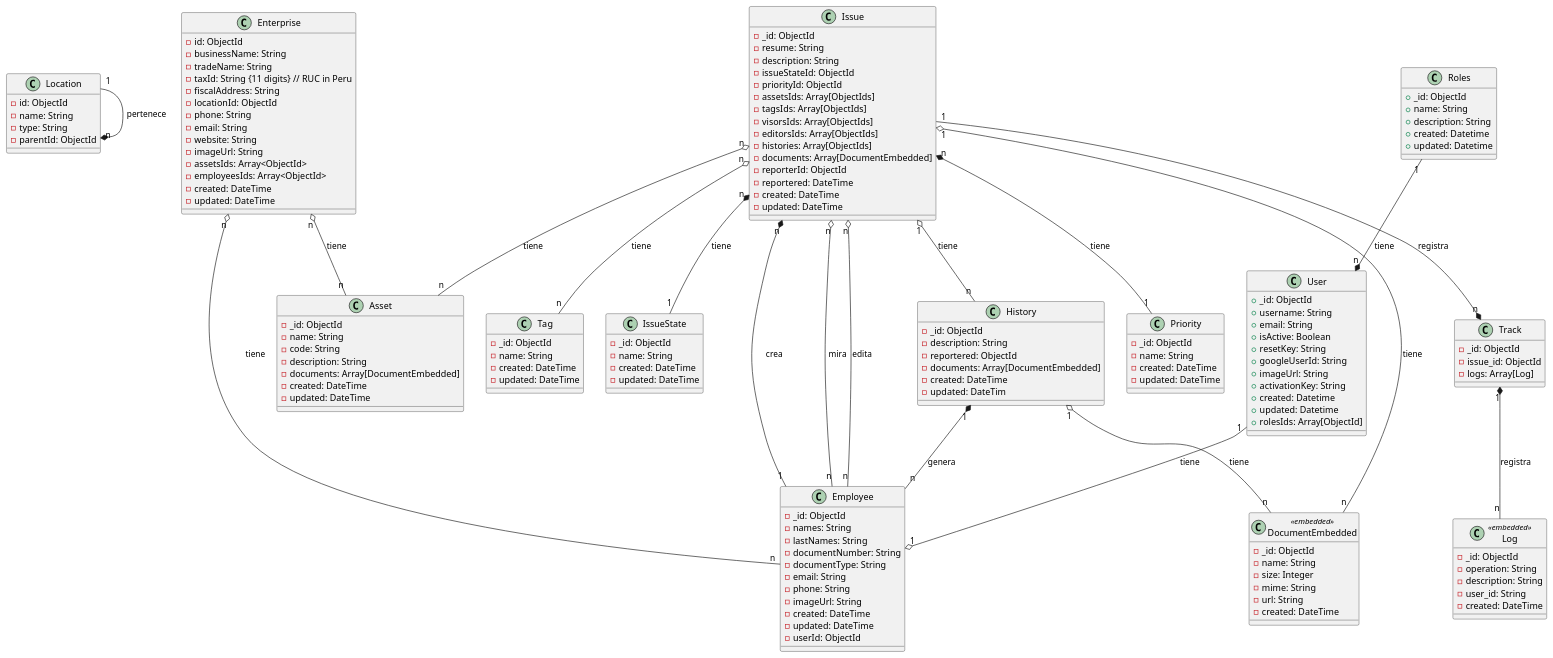
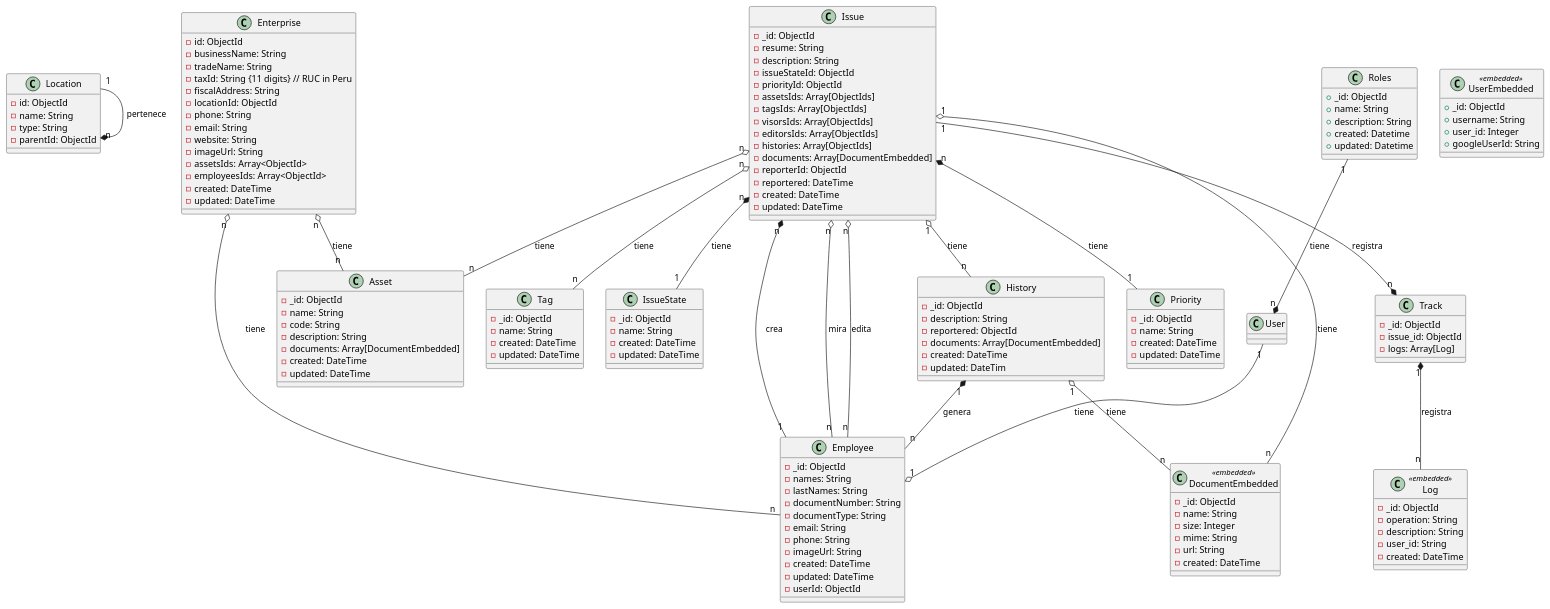
The diagram in docs/class diagram.puml (pepeul1191/django-mongodb-tickets), drawn with PlantUML before and after one commit. The commit also changed 13 other files, not shown here.

```diff
--- a/docs/class diagram.puml
+++ b/docs/class diagram.puml
@@ -1,165 +1,158 @@
 @startuml
 
 
 class Location {
   - id: ObjectId
   - name: String
   - type: String
   - parentId: ObjectId
 }
 
 Location "1" --* "n" Location : pertenece
 
 class Enterprise {
   - id: ObjectId
   - businessName: String
   - tradeName: String
   - taxId: String {11 digits} // RUC in Peru
   - fiscalAddress: String
   - locationId: ObjectId
   - phone: String
   - email: String
   - website: String
   - imageUrl: String
   - assetsIds: Array<ObjectId>
   - employeesIds: Array<ObjectId>
   - created: DateTime
   - updated: DateTime
 }
 
 class Employee {
   - _id: ObjectId
   - names: String
   - lastNames: String
   - documentNumber: String
   - documentType: String
   - email: String
   - phone: String
   - imageUrl: String
   - created: DateTime
   - updated: DateTime
   - userId: ObjectId
 }
 
 class Priority {
   - _id: ObjectId
   - name: String
   - created: DateTime
   - updated: DateTime
 }
 
 class Asset {
   - _id: ObjectId
   - name: String
   - code: String
   - description: String
   - documents: Array[DocumentEmbedded]
   - created: DateTime
   - updated: DateTime
 }
 
 class Tag{
   - _id: ObjectId
   - name: String
   - created: DateTime
   - updated: DateTime
 }
 
 class IssueState {
   - _id: ObjectId
   - name: String
   - created: DateTime
   - updated: DateTime
 }
 
 class Issue {
   - _id: ObjectId
   - resume: String
   - description: String
   - issueStateId: ObjectId
   - priorityId: ObjectId
   - assetsIds: Array[ObjectIds]
   - tagsIds: Array[ObjectIds]
   - visorsIds: Array[ObjectIds]
   - editorsIds: Array[ObjectIds]
   - histories: Array[ObjectIds]
   - documents: Array[DocumentEmbedded]
   - reporterId: ObjectId
   - reportered: DateTime
   - created: DateTime
   - updated: DateTime
 }
 
 class History {
   - _id: ObjectId
   - description: String
   - reportered: ObjectId
   - documents: Array[DocumentEmbedded]
   - created: DateTime
   - updated: DateTim
 }
 
 class DocumentEmbedded <<embedded>>{
   - _id: ObjectId
   - name: String
   - size: Integer
   - mime: String
   - url: String
   - created: DateTime
 }
 
 class Track {
   - _id: ObjectId
   - issue_id: ObjectId
   - logs: Array[Log]
 }
 
 class Log <<embedded>>{
   - _id: ObjectId
   - operation: String
   - description: String
   - user_id: String
   - created: DateTime
 }
 
-class User {
+class UserEmbedded <<embedded>> {
   + _id: ObjectId
   + username: String
-  + email: String
-  + isActive: Boolean
-  + resetKey: String
+  + user_id: Integer
   + googleUserId: String
-  + imageUrl: String
-  + activationKey: String
-  + created: Datetime
-  + updated: Datetime
-  + rolesIds: Array[ObjectId]
 }
 
 class Roles {
   + _id: ObjectId
   + name: String
   + description: String
   + created: Datetime
   + updated: Datetime
 }
 
 Enterprise "n" o-- "n" Asset : tiene
 Enterprise "n" o-- "n" Employee : tiene
 Issue "n" *-- "1" Employee : crea
 Issue "n" o-- "n" Employee : mira
 Issue "n" o-- "n" Employee : edita
 Issue "n" *-- "1" IssueState : tiene
 Issue "n" *-- "1" Priority : tiene
 Issue "n" o-- "n" Asset : tiene
 Issue "n" o-- "n" Tag : tiene
 Issue "1" o-- "n" History : tiene
 Issue "1" o-- "n" DocumentEmbedded : tiene
 History "1" o-- "n" DocumentEmbedded : tiene
 History "1" *-- "n" Employee : genera
 Track "1" *-- "n" Log : registra
 Issue "1" --* "n" Track : registra
 Roles "1" --* "n" User : tiene
 User "1" --o "1" Employee : tiene
 
 @enduml
```
